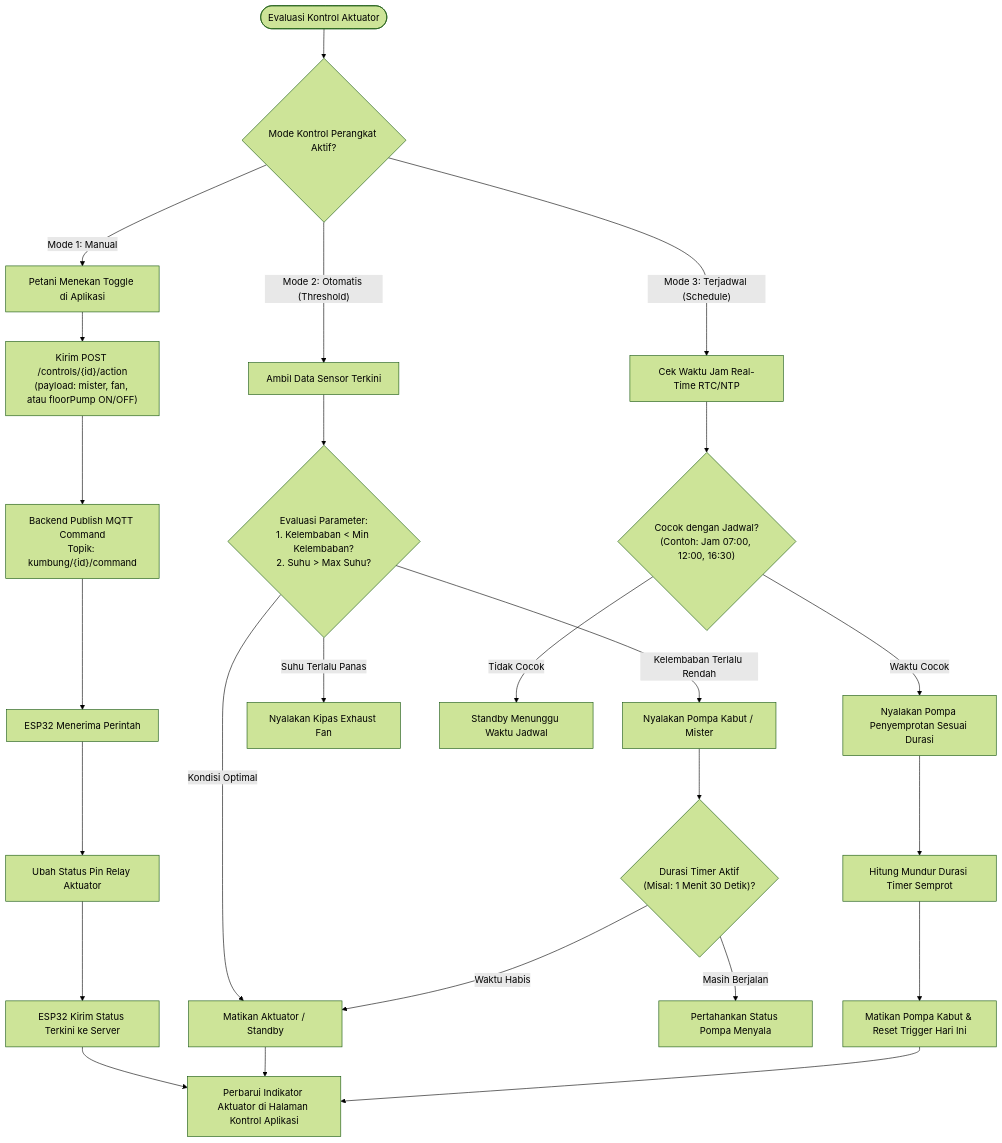
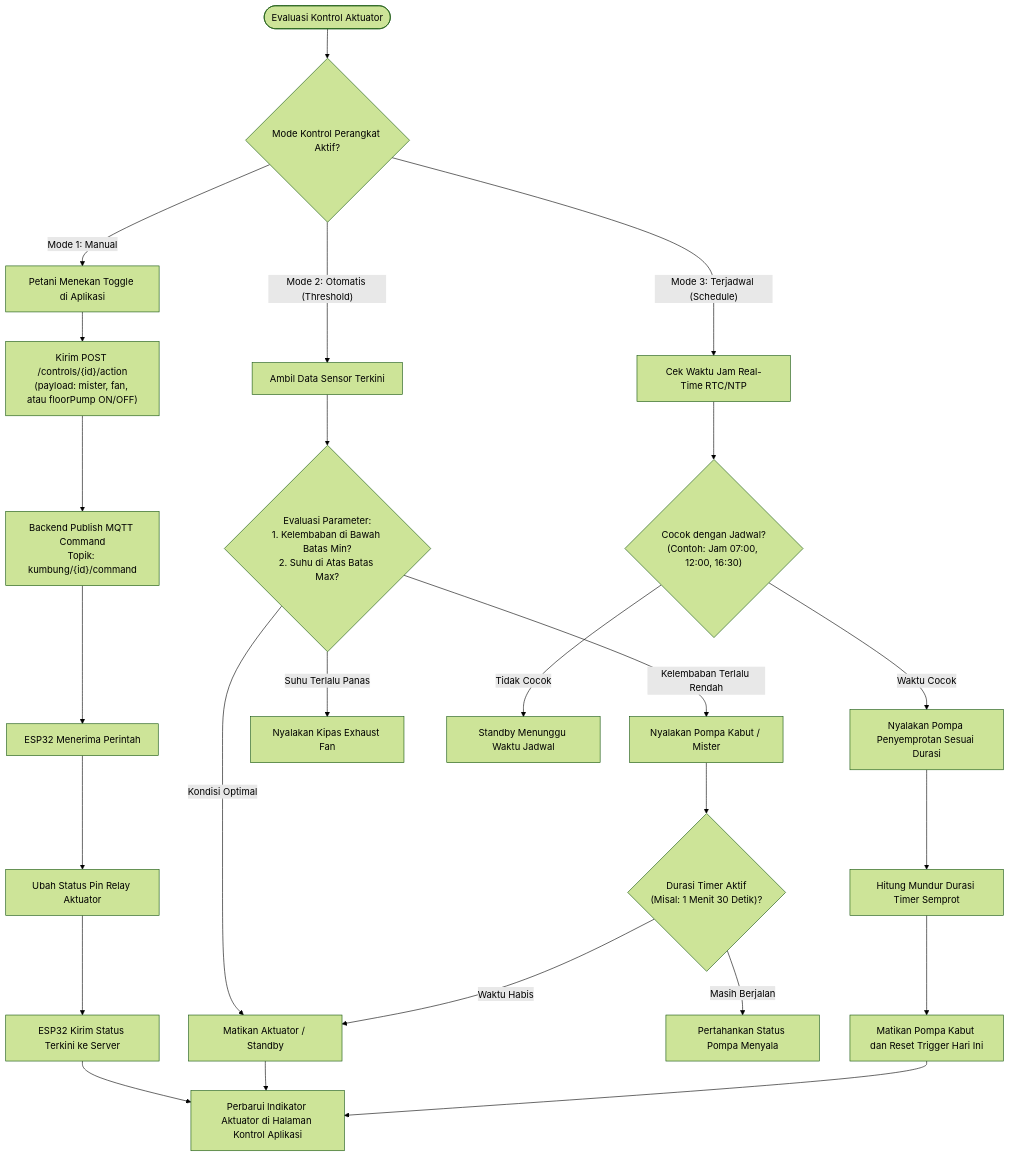
The fifth of 7 diagrams in FLOWCHART.md (fsociety781/fe-shroomsync), drawn with Mermaid (forest theme) before and after one commit. The commit also changed 2 other files, not shown here.

Commit message:
Refactor code structure for improved readability and maintainability

````diff
--- a/FLOWCHART.md
+++ b/FLOWCHART.md
@@ -209,37 +209,37 @@
 ```mermaid
 flowchart TD
     StartControl([Evaluasi Kontrol Aktuator]) --> CheckMode{Mode Kontrol Perangkat Aktif?}
     
     %% Mode 1: Manual
     CheckMode -- Mode 1: Manual --> UserToggle[Petani Menekan Toggle di Aplikasi]
     UserToggle --> SendManualCmd["Kirim POST /controls/{id}/action<br/>(payload: mister, fan, atau floorPump ON/OFF)"]
     SendManualCmd --> MqttManualPub["Backend Publish MQTT Command<br/>Topik: kumbung/{id}/command"]
     MqttManualPub --> EspReceiveManual[ESP32 Menerima Perintah]
     EspReceiveManual --> TriggerRelayManual[Ubah Status Pin Relay Aktuator]
     TriggerRelayManual --> AckManual[ESP32 Kirim Status Terkini ke Server]
     
     %% Mode 2: Otomatis
     CheckMode -- Mode 2: Otomatis (Threshold) --> CheckCurrentSensor[Ambil Data Sensor Terkini]
-    CheckCurrentSensor --> EvalTempHumidity{"Evaluasi Parameter:<br/>1. Kelembaban < Min Kelembaban?<br/>2. Suhu > Max Suhu?"}
+    CheckCurrentSensor --> EvalTempHumidity{"Evaluasi Parameter:<br/>1. Kelembaban di Bawah Batas Min?<br/>2. Suhu di Atas Batas Max?"}
     
     EvalTempHumidity -- Kelembaban Terlalu Rendah --> ActionMistAuto[Nyalakan Pompa Kabut / Mister]
     EvalTempHumidity -- Suhu Terlalu Panas --> ActionFanAuto[Nyalakan Kipas Exhaust Fan]
     EvalTempHumidity -- Kondisi Optimal --> TurnOffAuto[Matikan Aktuator / Standby]
     
     ActionMistAuto --> AutoTimer{"Durasi Timer Aktif<br/>(Misal: 1 Menit 30 Detik)?"}
     AutoTimer -- Waktu Habis --> TurnOffAuto
     AutoTimer -- Masih Berjalan --> KeepRunning[Pertahankan Status Pompa Menyala]
     
     %% Mode 3: Terjadwal
     CheckMode -- Mode 3: Terjadwal (Schedule) --> CheckRTC[Cek Waktu Jam Real-Time RTC/NTP]
     CheckRTC --> MatchSchedule{"Cocok dengan Jadwal?<br/>(Contoh: Jam 07:00, 12:00, 16:30)"}
     
     MatchSchedule -- Tidak Cocok --> StandbySchedule[Standby Menunggu Waktu Jadwal]
     MatchSchedule -- Waktu Cocok --> TriggerScheduleMist[Nyalakan Pompa Penyemprotan Sesuai Durasi]
     TriggerScheduleMist --> WaitScheduleDuration[Hitung Mundur Durasi Timer Semprot]
-    WaitScheduleDuration --> StopScheduleMist[Matikan Pompa Kabut & Reset Trigger Hari Ini]
+    WaitScheduleDuration --> StopScheduleMist[Matikan Pompa Kabut dan Reset Trigger Hari Ini]
     
     AckManual --> UpdateControlUI[Perbarui Indikator Aktuator di Halaman Kontrol Aplikasi]
     TurnOffAuto --> UpdateControlUI
     StopScheduleMist --> UpdateControlUI
 ```
````
